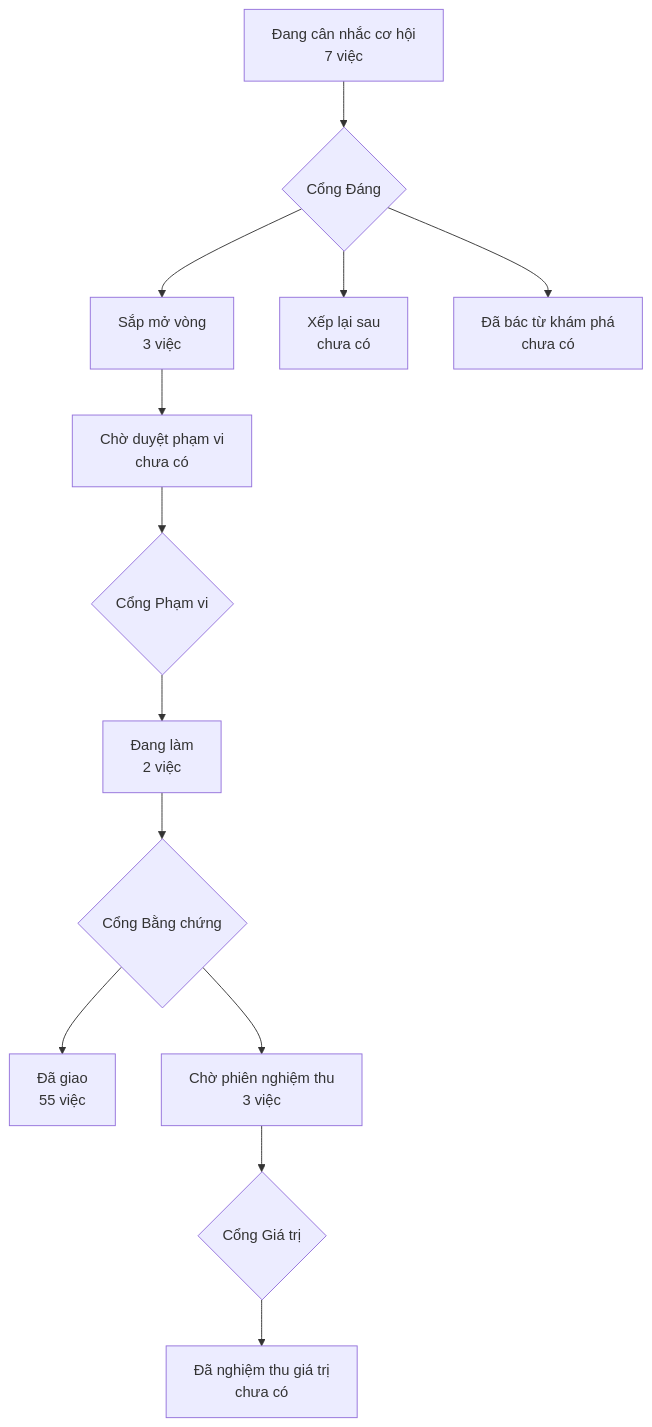
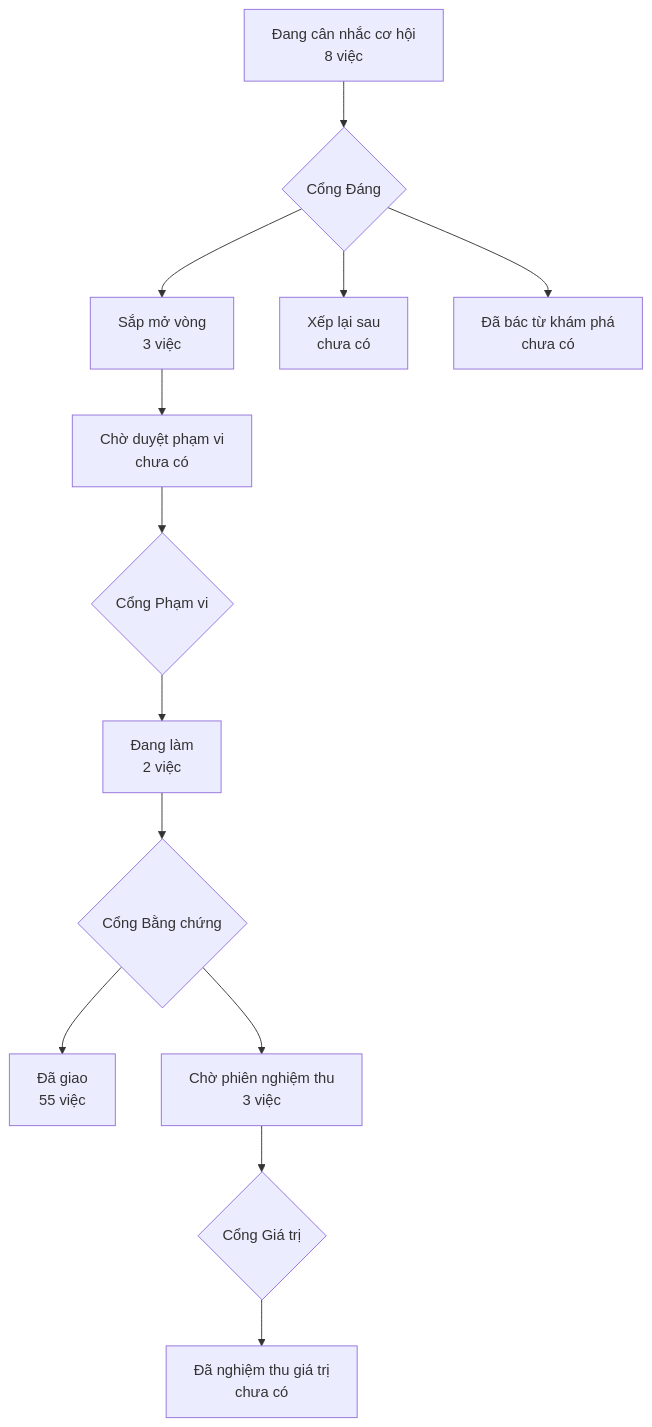
The diagram in PRODUCT-MAP.md (phanlemanh/acceptance-gate-kit), drawn with Mermaid before and after one commit. The commit also changed other lines of this file and 1 other file, not shown here.

Commit message:
opp(the-xep-nham-o-se-lam): mở ô — thẻ Cổng Phạm vi xếp tiêu chí bằng dò chữ; bản đồ vẽ lại cùng lượt
Thẻ chia tiêu chí thành «SẼ làm» / phủ định bằng cách dò chuỗi phủ định
trong vế Then, mà luật kit BẮT mọi tiêu chí khai chiều đỏ — nên hồ sơ càng
đúng luật càng bị xếp nhầm nặng. Đo trên cây: ra-co-ten-lam-va-trao 0/15;
58 hợp đồng chia 313/150 (trước 21/08) so 18/42 (từ 21/08), nhưng
start-bang-dieu-khien cùng ngày ra 11/1 — kết quả là ngẫu nhiên từ vựng,
không phải luật mới làm lệch thước.

Ba hướng chưa chọn: bỏ hẳn hai ô · đánh dấu tường minh · xếp theo cấu trúc.
Mục Cổng 0 để trống — verdict và căn cứ chờ owner.

Vết đề bài: d-20260823T124500Z-31008 trong hồ sơ ra-co-ten-lam-va-trao.

````diff
--- a/PRODUCT-MAP.md
+++ b/PRODUCT-MAP.md
@@ -6,12 +6,12 @@
 ```mermaid
 flowchart TD
-  A["Đang cân nhắc cơ hội<br/>7 việc"] --> GD{"Cổng Đáng"}
+  A["Đang cân nhắc cơ hội<br/>8 việc"] --> GD{"Cổng Đáng"}
   GD --> B["Sắp mở vòng<br/>3 việc"]
   GD --> XL["Xếp lại sau<br/>chưa có"]
   GD --> DB["Đã bác từ khám phá<br/>chưa có"]
   B --> CD["Chờ duyệt phạm vi<br/>chưa có"] --> GP{"Cổng Phạm vi"}
   GP --> DL["Đang làm<br/>2 việc"] --> GB{"Cổng Bằng chứng"}
   GB --> DG["Đã giao<br/>55 việc"]
   GB --> CN["Chờ phiên nghiệm thu<br/>3 việc"] --> GG{"Cổng Giá trị"}
   GG --> NT["Đã nghiệm thu giá trị<br/>chưa có"]
 ```
````
